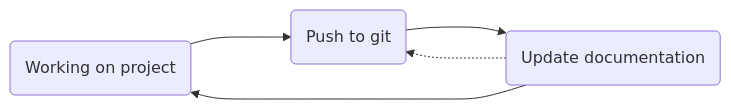
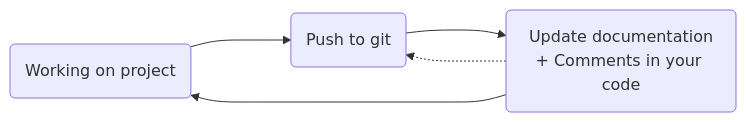
One commit to BioMeDS/onboarding-base-module changed the diagram in README.md. Above: the diagram before and after it, drawn with Mermaid. The commit also changed other lines of this file, not shown here.

````diff
--- a/README.md
+++ b/README.md
@@ -13,7 +13,7 @@
 ```mermaid
     graph LR
         id1(Working on project) ---> id2(Push to git)
-        id2 ---> id3(Update documentation)
+        id2 ---> id3(Update documentation\n+ Comments in your code)
         id3 ---> id1
         id3 -.-> id2
 ```
````
